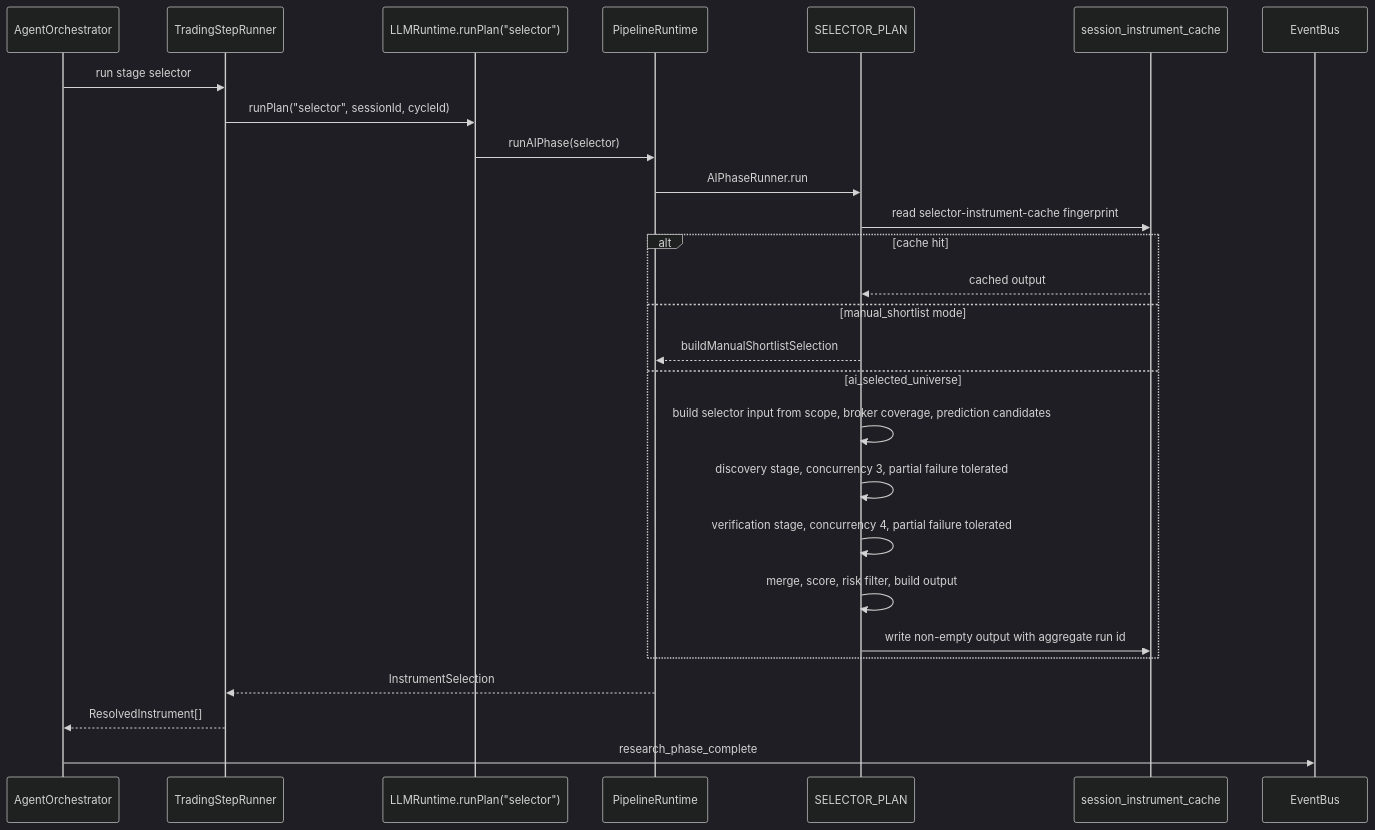
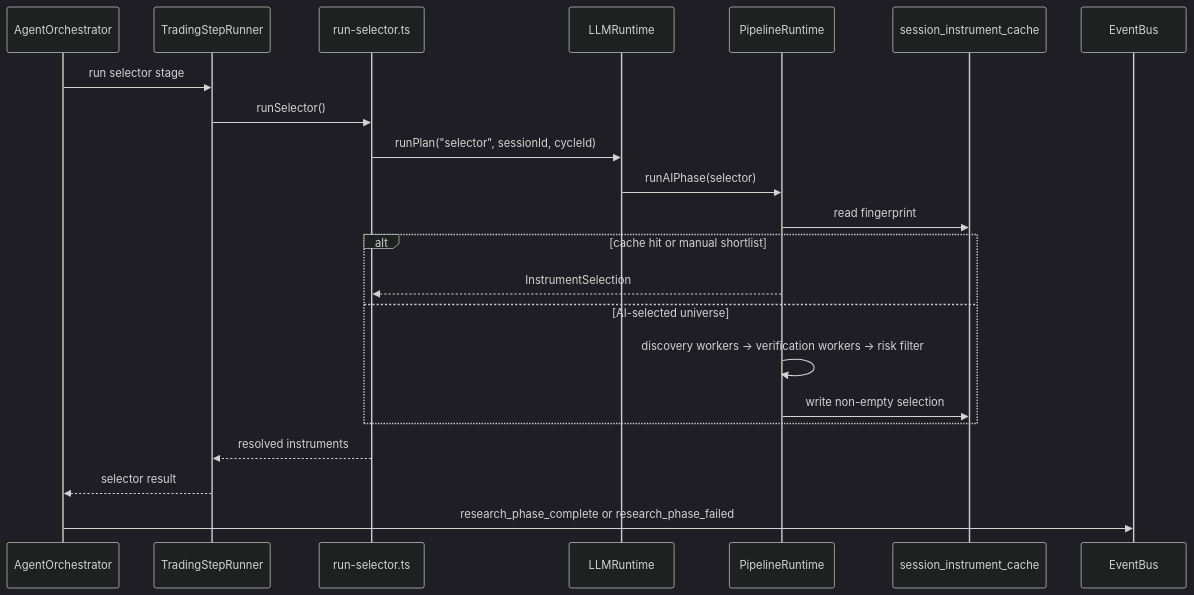
The sixth of 14 diagrams in docs/architecture/ai-runtime.md (KennethAtchon/Exva), drawn with Mermaid (dark theme) before and after one commit. The commit also changed other lines of this file and 11 other files, not shown here.

````diff
--- a/docs/architecture/ai-runtime.md
+++ b/docs/architecture/ai-runtime.md
@@ -266,30 +242,25 @@
 ```mermaid
 sequenceDiagram
-    participant AO as AgentOrchestrator
-    participant ESR as TradingStepRunner
-    participant AI as LLMRuntime.runPlan("selector")
-    participant PR as PipelineRuntime
-    participant Plan as SELECTOR_PLAN
+    participant Orch as AgentOrchestrator
+    participant Step as TradingStepRunner
+    participant Selector as run-selector.ts
+    participant AI as LLMRuntime
+    participant Pipeline as PipelineRuntime
     participant Cache as session_instrument_cache
-    participant EB as EventBus
+    participant Bus as EventBus
 
-    AO->>ESR: run stage selector
-    ESR->>AI: runPlan("selector", sessionId, cycleId)
-    AI->>PR: runAIPhase(selector)
-    PR->>Plan: AIPhaseRunner.run
-    Plan->>Cache: read selector-instrument-cache fingerprint
-    alt cache hit
-        Cache-->>Plan: cached output
-    else manual_shortlist mode
-        Plan-->>PR: buildManualShortlistSelection
-    else ai_selected_universe
-        Plan->>Plan: build selector input from scope, broker coverage, prediction candidates
-        Plan->>Plan: discovery stage, concurrency 3, partial failure tolerated
-        Plan->>Plan: verification stage, concurrency 4, partial failure tolerated
-        Plan->>Plan: merge, score, risk filter, build output
-        Plan->>Cache: write non-empty output with aggregate run id
+    Orch->>Step: run selector stage
+    Step->>Selector: runSelector()
+    Selector->>AI: runPlan("selector", sessionId, cycleId)
+    AI->>Pipeline: runAIPhase(selector)
+    Pipeline->>Cache: read fingerprint
+    alt cache hit or manual shortlist
+        Pipeline-->>Selector: InstrumentSelection
+    else AI-selected universe
+        Pipeline->>Pipeline: discovery workers -> verification workers -> risk filter
+        Pipeline->>Cache: write non-empty selection
     end
-    PR-->>ESR: InstrumentSelection
-    ESR-->>AO: ResolvedInstrument[]
-    AO->>EB: research_phase_complete
+    Selector-->>Step: resolved instruments
+    Step-->>Orch: selector result
+    Orch->>Bus: research_phase_complete or research_phase_failed
 ```
````
